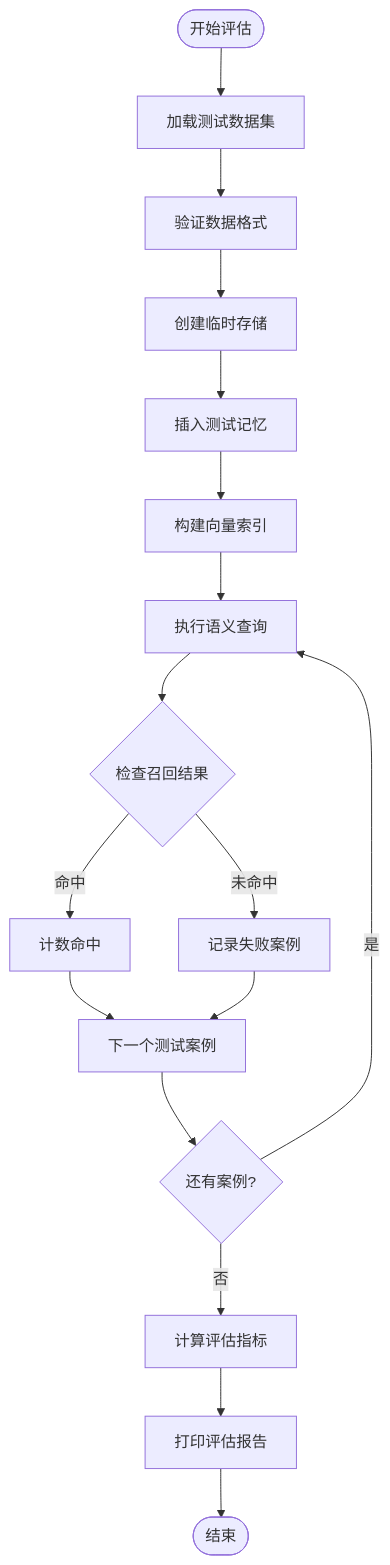
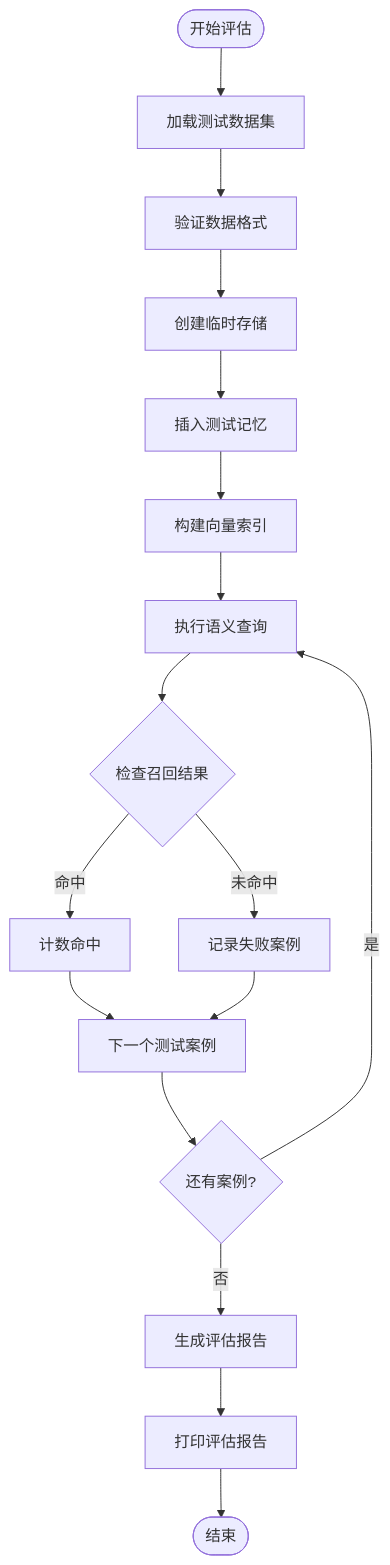
The third of 7 diagrams in .qoder/repowiki/zh/content/后端服务/内存管理系统/内存管道验证器/语义召回评估系统.md (Moon-Force/DouYin_llm), drawn with Mermaid before and after one commit. The commit also changed other lines of this file and 35 other files, not shown here.

````diff
--- a/.qoder/repowiki/zh/content/后端服务/内存管理系统/内存管道验证器/语义召回评估系统.md
+++ b/.qoder/repowiki/zh/content/后端服务/内存管理系统/内存管道验证器/语义召回评估系统.md
@@ -154,19 +182,19 @@
 ```mermaid
 flowchart TD
 Start([开始评估]) --> LoadData["加载测试数据集"]
 LoadData --> ValidateData["验证数据格式"]
 ValidateData --> CreateTemp["创建临时存储"]
 CreateTemp --> InsertMemories["插入测试记忆"]
 InsertMemories --> BuildIndex["构建向量索引"]
 BuildIndex --> QueryRecall["执行语义查询"]
 QueryRecall --> CheckResults{"检查召回结果"}
 CheckResults --> |命中| CountHit["计数命中"]
 CheckResults --> |未命中| RecordFail["记录失败案例"]
 CountHit --> NextCase["下一个测试案例"]
 RecordFail --> NextCase
 NextCase --> MoreCases{"还有案例?"}
 MoreCases --> |是| QueryRecall
-MoreCases --> |否| CalcMetrics["计算评估指标"]
-CalcMetrics --> PrintReport["打印评估报告"]
+MoreCases --> |否| GenerateReport["生成评估报告"]
+GenerateReport --> PrintReport["打印评估报告"]
 PrintReport --> End([结束])
 ```
````
